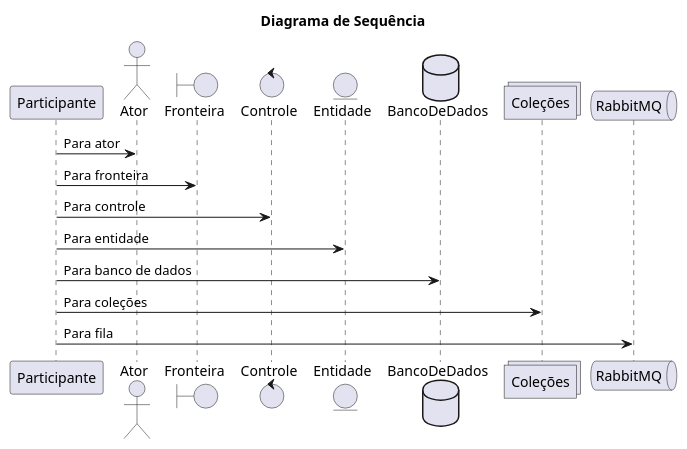
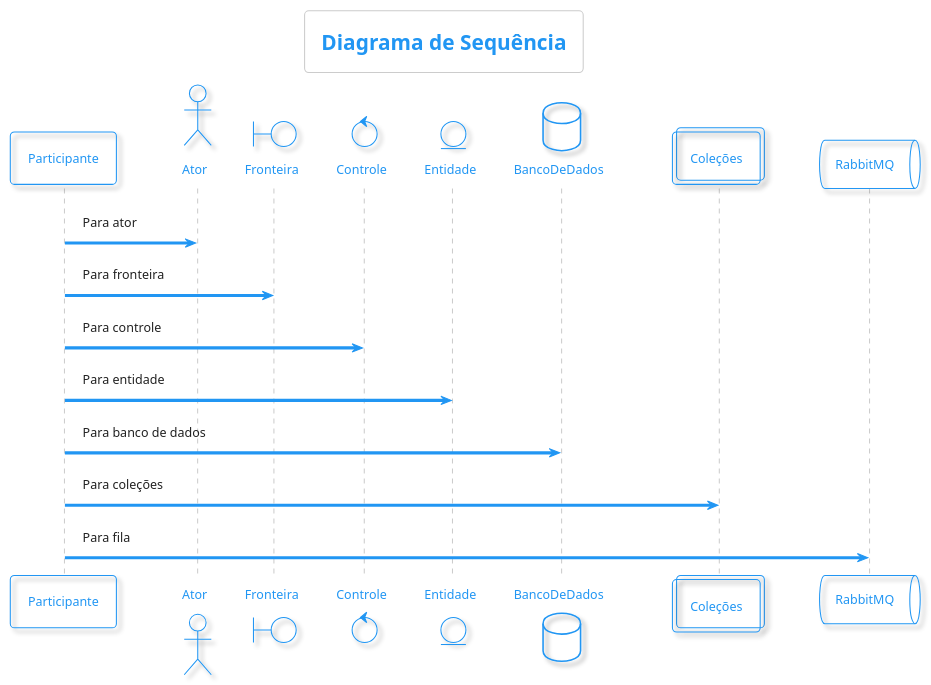
Before and after one commit to samoryfiotec/C4: the diagram in Sequence.puml, drawn with PlantUML. The commit also changed 7 other files, not shown here.

```diff
--- a/Sequence.puml
+++ b/Sequence.puml
@@ -1,18 +1,19 @@
 @startuml DiagramaSequencia
+!theme materia-outline
 title Diagrama de Sequência
 participant Participante as Foo
 actor       Ator       as Foo1
 boundary    Fronteira    as Foo2
 control     Controle     as Foo3
 entity      Entidade      as Foo4
 database    BancoDeDados    as Foo5
 collections Coleções as Foo6
 queue       RabbitMQ       as Foo7
 Foo -> Foo1 : Para ator 
 Foo -> Foo2 : Para fronteira
 Foo -> Foo3 : Para controle
 Foo -> Foo4 : Para entidade
 Foo -> Foo5 : Para banco de dados
 Foo -> Foo6 : Para coleções
 Foo -> Foo7: Para fila
 @enduml
```
